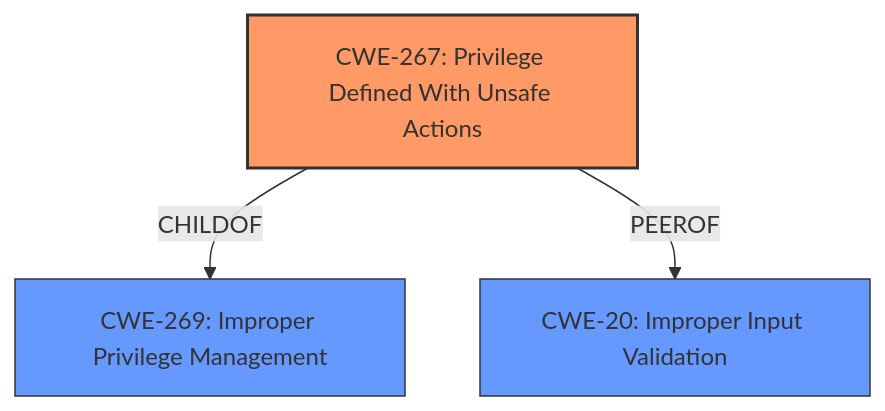
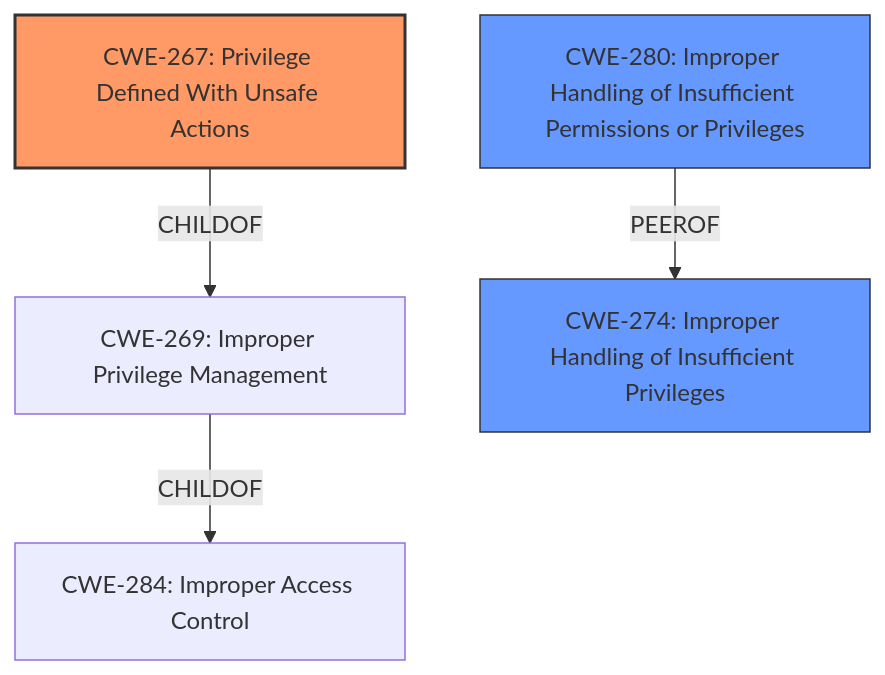
Before and after one commit to CyberSecAI/cwe_agent_assign_reports_2023: the diagram in CVE-2021-3493/CVE-2021-3493_analysis.md, drawn with Mermaid. The commit also changed other lines of this file and 902 other files, not shown here.

````diff
--- a/CVE-2021-3493/CVE-2021-3493_analysis.md
+++ b/CVE-2021-3493/CVE-2021-3493_analysis.md
@@ -17,15 +19,17 @@
 ```mermaid
 graph TD
     cwe267["CWE-267: Privilege Defined With Unsafe Actions"]
     cwe269["CWE-269: Improper Privilege Management"]
-    cwe20["CWE-20: Improper Input Validation"]
+    cwe284["CWE-284: Improper Access Control"]
+    cwe280["CWE-280: Improper Handling of Insufficient Permissions or Privileges"]
+    cwe274["CWE-274: Improper Handling of Insufficient Privileges"]
 
     cwe267 -->|CHILDOF| cwe269
-    cwe267 -->|PEEROF| cwe20
+    cwe269 -->|CHILDOF| cwe284
+    cwe280 -->|PEEROF| cwe274
 
     classDef primary fill:#f96,stroke:#333,stroke-width:2px
     classDef secondary fill:#69f,stroke:#333
-    classDef tertiary fill:#9e9,stroke:#333
     class cwe267 primary
-    class cwe269,cwe20 secondary
+    class cwe280,cwe274 secondary
 ```
````
